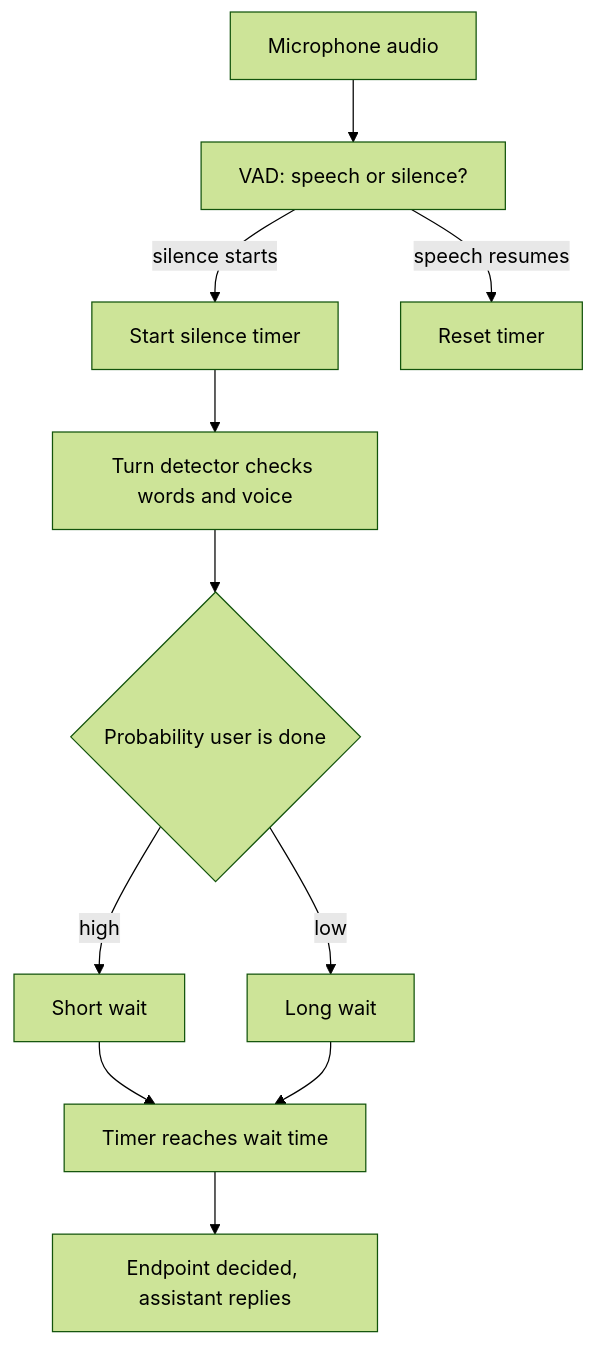
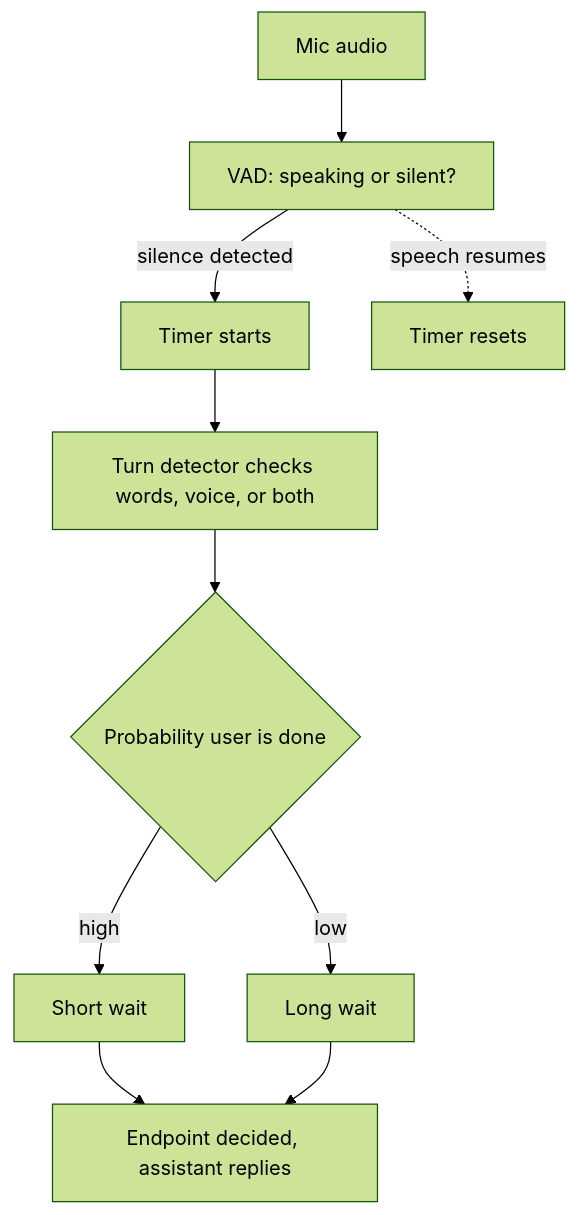
One commit to kaisarnajar/outcome-school-blogs changed the first of 2 diagrams in notes/step-16-ai-infrastructure-deployment-and-system-design/191-endpointing-in-voice-agents.md. Above: the diagram before and after it, drawn with Mermaid (forest theme). The commit also changed other lines of this file and 233 other files, not shown here.

````diff
--- a/notes/step-16-ai-infrastructure-deployment-and-system-design/191-endpointing-in-voice-agents.md
+++ b/notes/step-16-ai-infrastructure-deployment-and-system-design/191-endpointing-in-voice-agents.md
@@ -39,13 +55,12 @@
 ```mermaid
 flowchart TD
-    A["Microphone audio"] --> B["VAD: speech or silence?"]
-    B -->|"silence starts"| C["Start silence timer"]
-    C --> D["Turn detector checks words and voice"]
-    D --> E{"Probability user is done"}
-    E -->|"high"| F["Short wait"]
-    E -->|"low"| G["Long wait"]
-    F --> H["Timer reaches wait time"]
-    G --> H
-    B -->|"speech resumes"| I["Reset timer"]
-    H --> J["Endpoint decided, assistant replies"]
+    A["Mic audio"] --> V["VAD: speaking or silent?"]
+    V -->|"silence detected"| T["Timer starts"]
+    T --> D["Turn detector checks words, voice, or both"]
+    D --> P{"Probability user is done"}
+    P -->|"high"| S["Short wait"]
+    P -->|"low"| L["Long wait"]
+    S --> E["Endpoint decided, assistant replies"]
+    L --> E
+    V -.->|"speech resumes"| R["Timer resets"]
 ```
````
